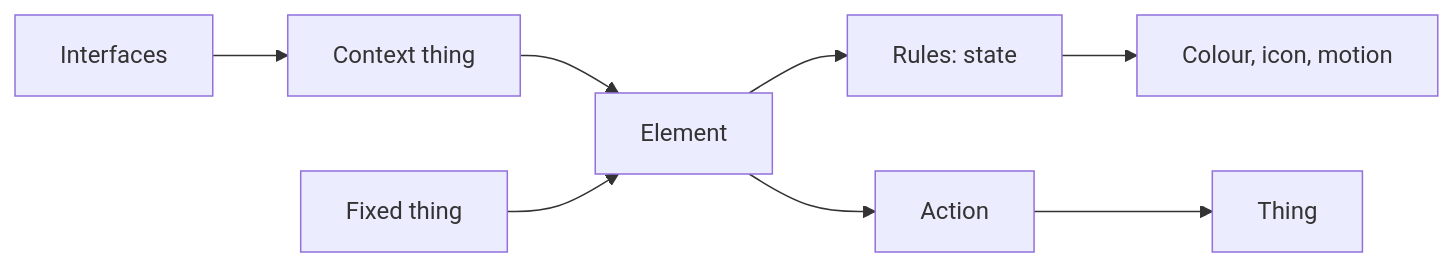
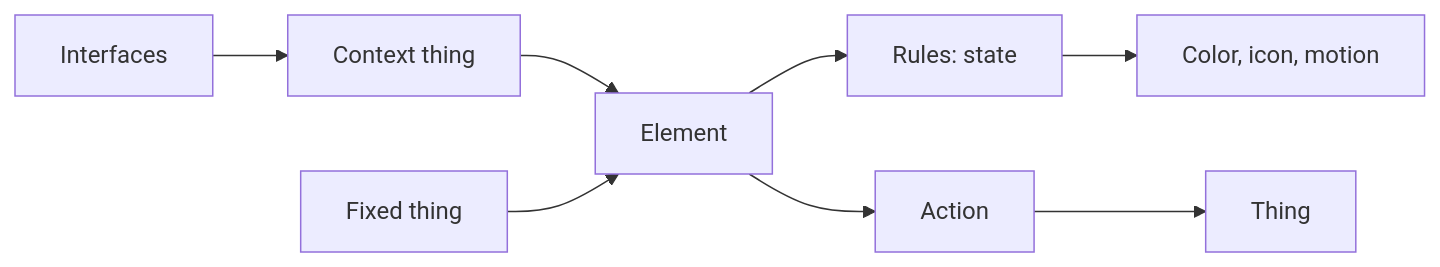
Before and after one commit to nimbit-platform/nimbit-docs: the diagram in docs/visualize/canvas/how-canvas-works.mdx, drawn with Mermaid. The commit also changed other lines of this file and 18 other files, not shown here.

````diff
--- a/docs/visualize/canvas/how-canvas-works.mdx
+++ b/docs/visualize/canvas/how-canvas-works.mdx
@@ -13,10 +13,10 @@
 ```mermaid
 flowchart LR
   I[Interfaces] --> X[Context thing]
   X --> E[Element]
   F[Fixed thing] --> E
   E --> R[Rules: state]
-  R --> L[Colour, icon, motion]
+  R --> L[Color, icon, motion]
   E --> A[Action]
   A --> T[Thing]
 ```
````
